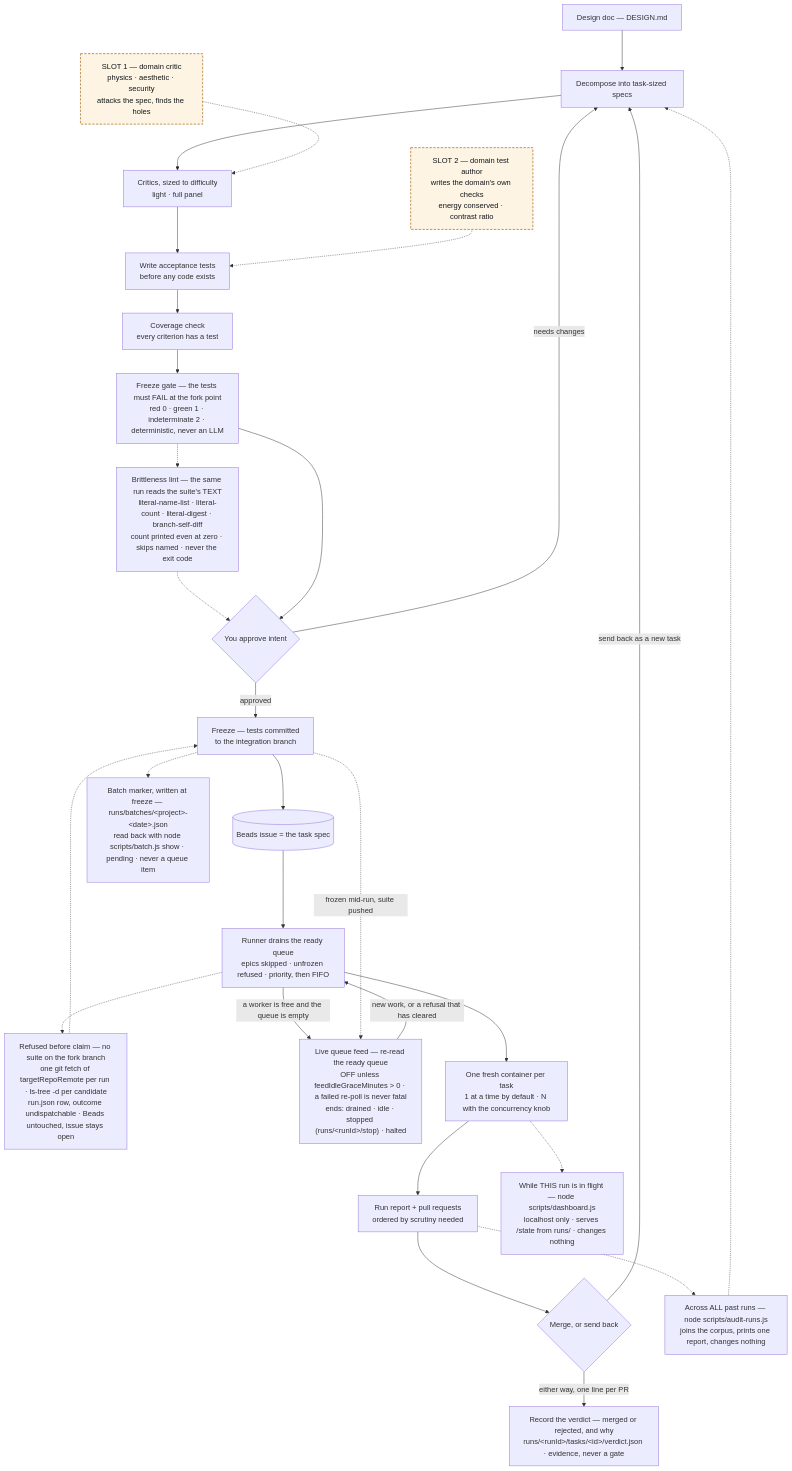
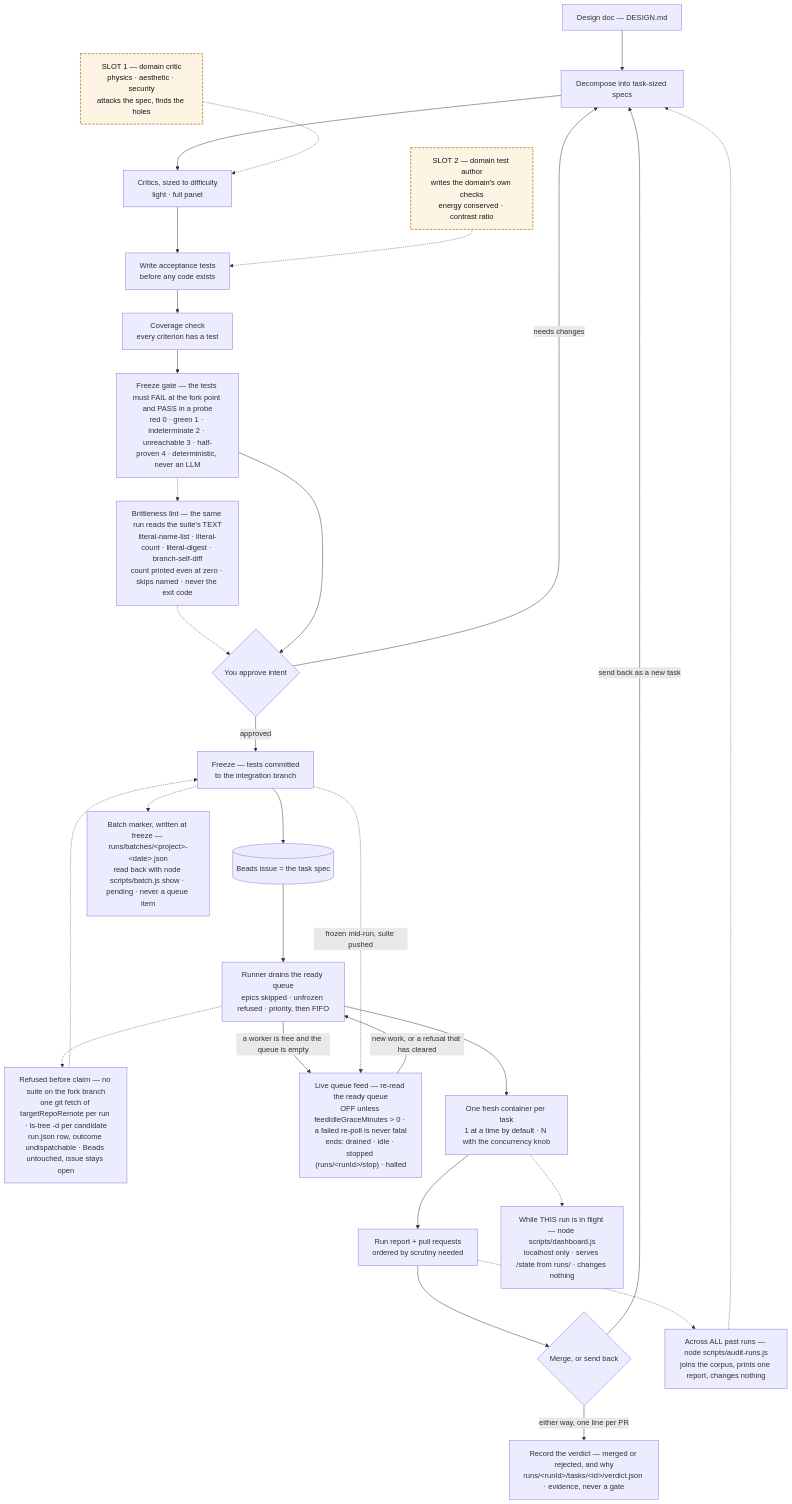
The first of 5 diagrams in docs/pipeline-diagram.md (Chadleewalker/Multi-AgentPipelines), drawn with Mermaid before and after one commit. The commit also changed other lines of this file and 8 other files, not shown here.

````diff
--- a/docs/pipeline-diagram.md
+++ b/docs/pipeline-diagram.md
@@ -14,34 +14,34 @@
 ```mermaid
 flowchart TB
   A["Design doc — DESIGN.md"] --> B["Decompose into task-sized specs"]
   B --> C["Critics, sized to difficulty<br/>light · full panel"]
   SP1["SLOT 1 — domain critic<br/>physics · aesthetic · security<br/>attacks the spec, finds the holes"] -.-> C
   C --> D["Write acceptance tests<br/>before any code exists"]
   SP2["SLOT 2 — domain test author<br/>writes the domain's own checks<br/>energy conserved · contrast ratio"] -.-> D
   D --> E["Coverage check<br/>every criterion has a test"]
-  E --> FG["Freeze gate — the tests must FAIL at the fork point<br/>red 0 · green 1 · indeterminate 2 · deterministic, never an LLM"]
+  E --> FG["Freeze gate — the tests must FAIL at the fork point and PASS in a probe<br/>red 0 · green 1 · indeterminate 2 · unreachable 3 · half-proven 4 · deterministic, never an LLM"]
   FG -.-> BL["Brittleness lint — the same run reads the suite's TEXT<br/>literal-name-list · literal-count · literal-digest · branch-self-diff<br/>count printed even at zero · skips named · never the exit code"]
   BL -.-> F
   FG --> F{"You approve intent"}
   F -->|"needs changes"| B
   F -->|"approved"| G["Freeze — tests committed<br/>to the integration branch"]
   G --> H[("Beads issue = the task spec")]
   G -.-> BM["Batch marker, written at freeze — runs/batches/&lt;project&gt;-&lt;date&gt;.json<br/>read back with node scripts/batch.js show · pending · never a queue item"]
   H --> I["Runner drains the ready queue<br/>epics skipped · unfrozen refused · priority, then FIFO"]
   I -.-> UD["Refused before claim — no suite on the fork branch<br/>one git fetch of targetRepoRemote per run · ls-tree -d per candidate<br/>run.json row, outcome undispatchable · Beads untouched, issue stays open"]
   UD -.-> G
   I -->|"a worker is free and the queue is empty"| FEED["Live queue feed — re-read the ready queue<br/>OFF unless feedIdleGraceMinutes &gt; 0 · a failed re-poll is never fatal<br/>ends: drained · idle · stopped (runs/&lt;runId&gt;/stop) · halted"]
   FEED -->|"new work, or a refusal that has cleared"| I
   G -.->|"frozen mid-run, suite pushed"| FEED
   I --> J["One fresh container per task<br/>1 at a time by default · N with the concurrency knob"]
   J --> K["Run report + pull requests<br/>ordered by scrutiny needed"]
   K --> L{"Merge, or send back"}
   L -->|"send back as a new task"| B
   L -->|"either way, one line per PR"| VD["Record the verdict — merged or rejected, and why<br/>runs/&lt;runId&gt;/tasks/&lt;id&gt;/verdict.json · evidence, never a gate"]
   K -.-> AUD["Across ALL past runs — node scripts/audit-runs.js<br/>joins the corpus, prints one report, changes nothing"]
   AUD -.-> B
   J -.-> DASH["While THIS run is in flight — node scripts/dashboard.js<br/>localhost only · serves /state from runs/ · changes nothing"]
 
   classDef specialist fill:#fdf4e3,stroke:#a86c17,stroke-width:1.5px,stroke-dasharray:5 3,color:#14181d
   class SP1,SP2 specialist
 ```
````
